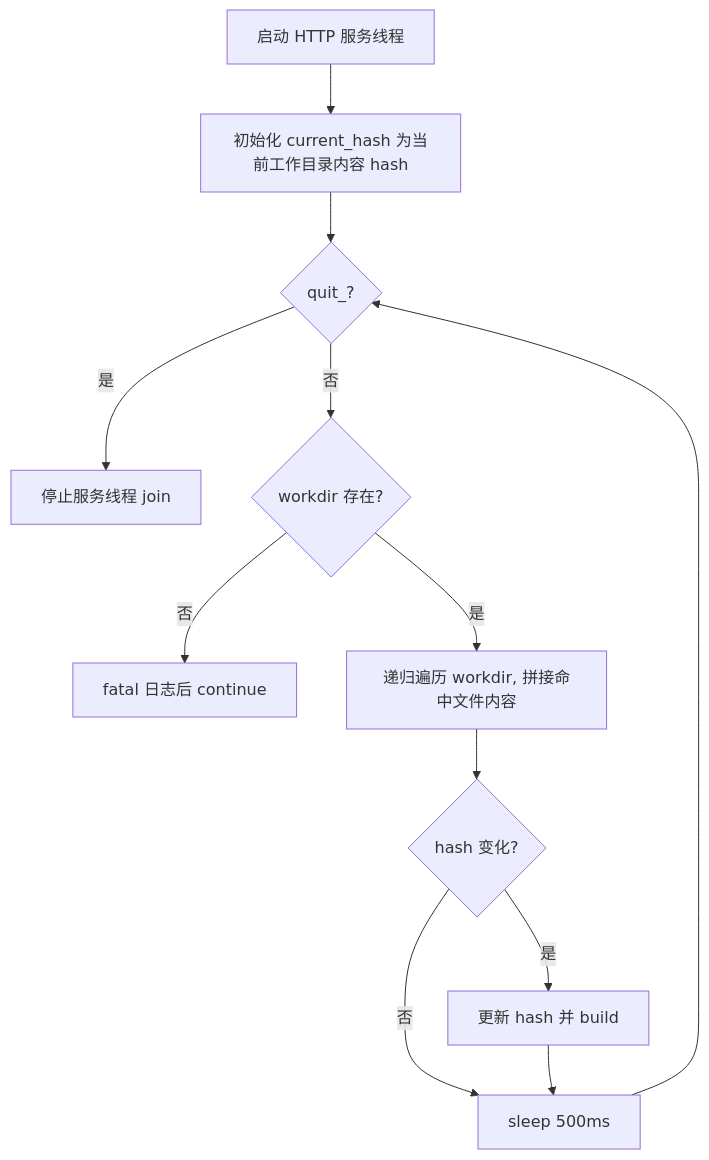
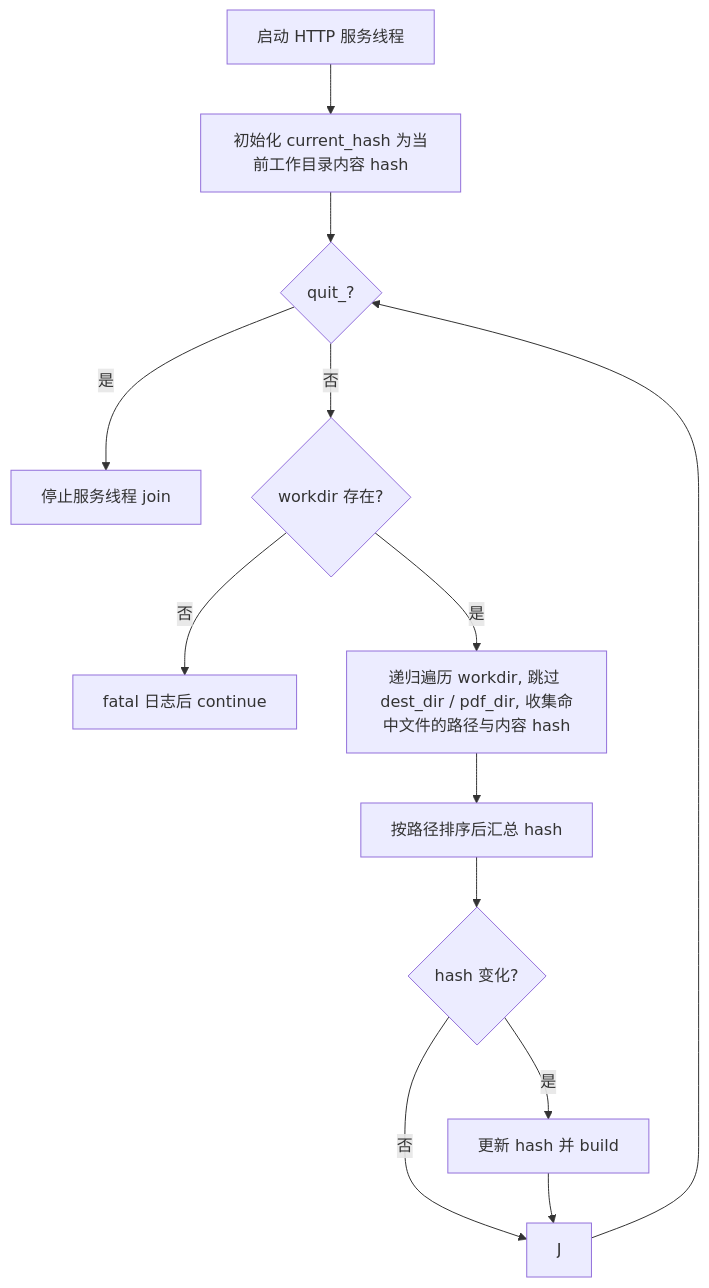
One commit to o8x/camus changed the diagram in docs/prd/07-watch-mode.md. Above: the diagram before and after it, drawn with Mermaid. The commit also changed other lines of this file and 1 other file, not shown here.

````diff
--- a/docs/prd/07-watch-mode.md
+++ b/docs/prd/07-watch-mode.md
@@ -22,14 +22,15 @@
 ```mermaid
 flowchart TD
     A[启动 HTTP 服务线程] --> B[初始化 current_hash 为当前工作目录内容 hash]
     B --> C{quit_?}
     C -->|是| D[停止服务线程 join]
     C -->|否| E{workdir 存在?}
     E -->|否| F[fatal 日志后 continue]
-    E -->|是| G[递归遍历 workdir, 拼接命中文件内容]
-    G --> H{hash 变化?}
-    H -->|是| I[更新 hash 并 build]
-    H -->|否| J[sleep 500ms]
-    I --> J
+    E -->|是| G[递归遍历 workdir, 跳过 dest_dir / pdf_dir, 收集命中文件的路径与内容 hash]
+    G --> H[按路径排序后汇总 hash]
+    H --> I{hash 变化?}
+    I -->|是| K[更新 hash 并 build]
+    I -->|否| J
+    K --> J
     J --> C
 ```
````
